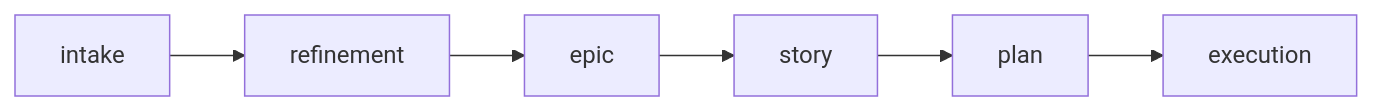
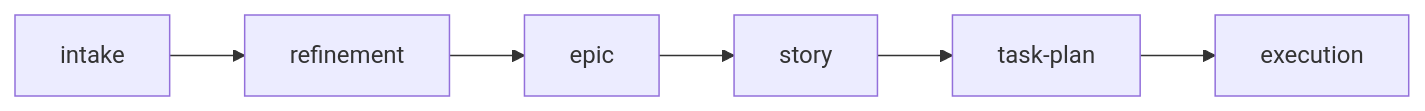
Before and after one commit to djalmajr/essential-skills: the diagram in skills/agile-epic/SKILL.md, drawn with Mermaid. The commit also changed other lines of this file and 29 other files, not shown here.

First line of the commit message:
Rename agile-plan to agile-task-plan, remove all sizing codes

````diff
--- a/skills/agile-epic/SKILL.md
+++ b/skills/agile-epic/SKILL.md
@@ -138,8 +138,8 @@
 ```mermaid
 flowchart LR
     A[intake] --> B[refinement]
     B --> C[epic]
     C --> D[story]
-    D --> E[plan]
+    D --> E["task-plan"]
     E --> F[execution]
 ```
````
